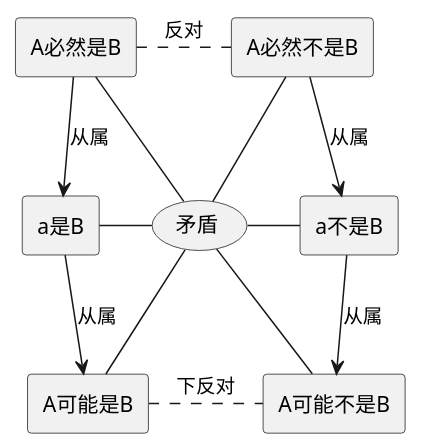
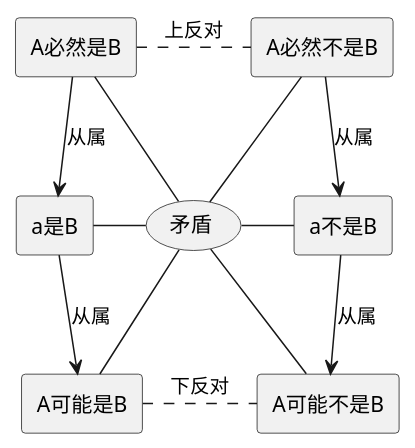
One commit to holmofy/blog.hufeifei.cn changed the fourth of 5 diagrams in source/_posts/logic/logic.md. Above: the diagram before and after it, drawn with PlantUML. The commit also changed other lines of this file, not shown here.

````diff
--- a/source/_posts/logic/logic.md
+++ b/source/_posts/logic/logic.md
@@ -88,23 +88,23 @@
 ```plantuml
 @startuml
 skinparam componentStyle rectangle
 
-[A必然是B] . [A必然不是B]:反对
+[A必然是B] . [A必然不是B]:上反对
 [A必然是B] -- (矛盾)
 (矛盾) -- [A可能不是B]
 [A必然不是B] -- (矛盾)
 (矛盾) -- [A可能是B]
 [A可能是B] . [A可能不是B]:下反对
 [A必然是B] --> [a是B]:从属
 [a是B] --> [A可能是B]:从属
 [A必然不是B] --> [a不是B]:从属
 [a不是B] --> [A可能不是B]:从属
 [a是B] --right-- (矛盾)
 (矛盾) --right-- [a不是B]
 
 [a是B]-[hidden]-(a)
 [a不是B]-[hidden]-(b)
 hide a
 hide b
 @enduml
 ```
````
